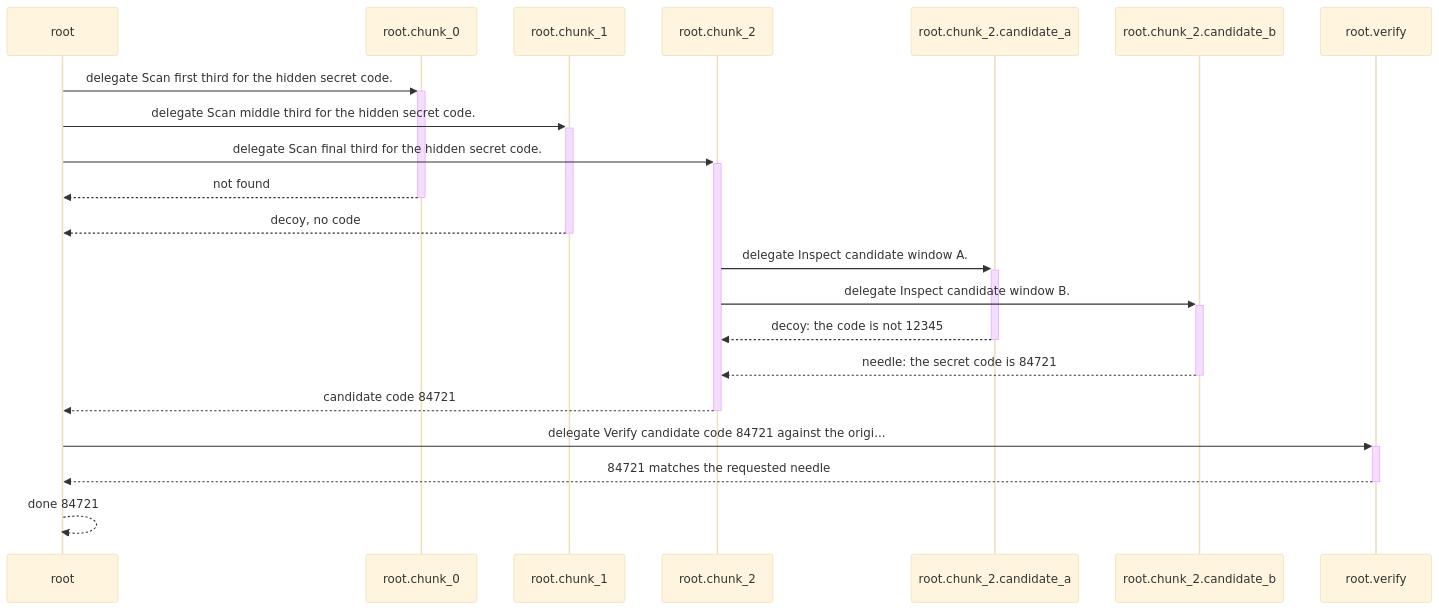
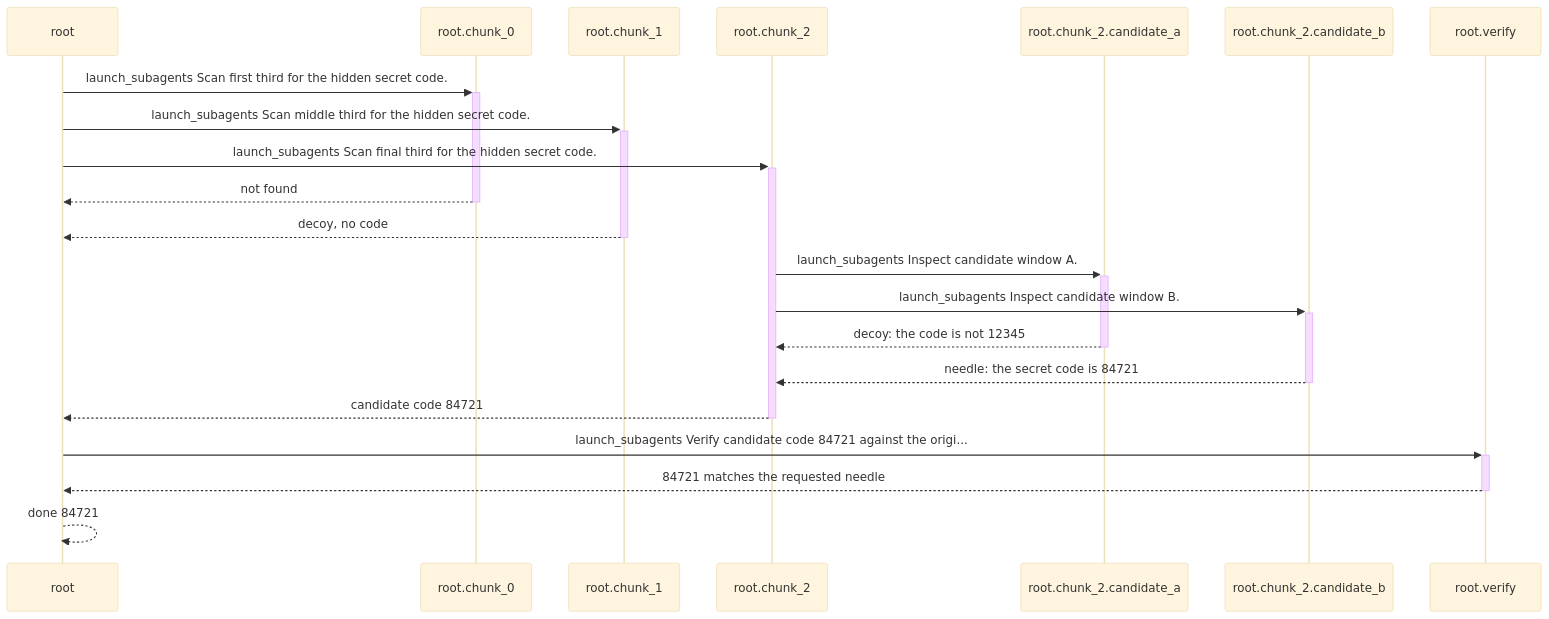
One commit to shyamsn97/recursive-flow changed the first of 5 diagrams in docs/generated/needle_graph_example.md. Above: the diagram before and after it, drawn with Mermaid (base theme). The commit also changed 7 other files, not shown here.

````diff
--- a/docs/generated/needle_graph_example.md
+++ b/docs/generated/needle_graph_example.md
@@ -20,23 +20,23 @@
 ```mermaid
 sequenceDiagram
     participant root as root
     participant root_chunk_0 as root.chunk_0
     participant root_chunk_1 as root.chunk_1
     participant root_chunk_2 as root.chunk_2
     participant root_chunk_2_candidate_a as root.chunk_2.candidate_a
     participant root_chunk_2_candidate_b as root.chunk_2.candidate_b
     participant root_verify as root.verify
-    root->>+root_chunk_0: delegate Scan first third for the hidden secret code.
-    root->>+root_chunk_1: delegate Scan middle third for the hidden secret code.
-    root->>+root_chunk_2: delegate Scan final third for the hidden secret code.
+    root->>+root_chunk_0: launch_subagents Scan first third for the hidden secret code.
+    root->>+root_chunk_1: launch_subagents Scan middle third for the hidden secret code.
+    root->>+root_chunk_2: launch_subagents Scan final third for the hidden secret code.
     root_chunk_0-->>-root: not found
     root_chunk_1-->>-root: decoy, no code
-    root_chunk_2->>+root_chunk_2_candidate_a: delegate Inspect candidate window A.
-    root_chunk_2->>+root_chunk_2_candidate_b: delegate Inspect candidate window B.
+    root_chunk_2->>+root_chunk_2_candidate_a: launch_subagents Inspect candidate window A.
+    root_chunk_2->>+root_chunk_2_candidate_b: launch_subagents Inspect candidate window B.
     root_chunk_2_candidate_a-->>-root_chunk_2: decoy: the code is not 12345
     root_chunk_2_candidate_b-->>-root_chunk_2: needle: the secret code is 84721
     root_chunk_2-->>-root: candidate code 84721
-    root->>+root_verify: delegate Verify candidate code 84721 against the origi...
+    root->>+root_verify: launch_subagents Verify candidate code 84721 against the origi...
     root_verify-->>-root: 84721 matches the requested needle
     root-->>root: done 84721
 ```
````
